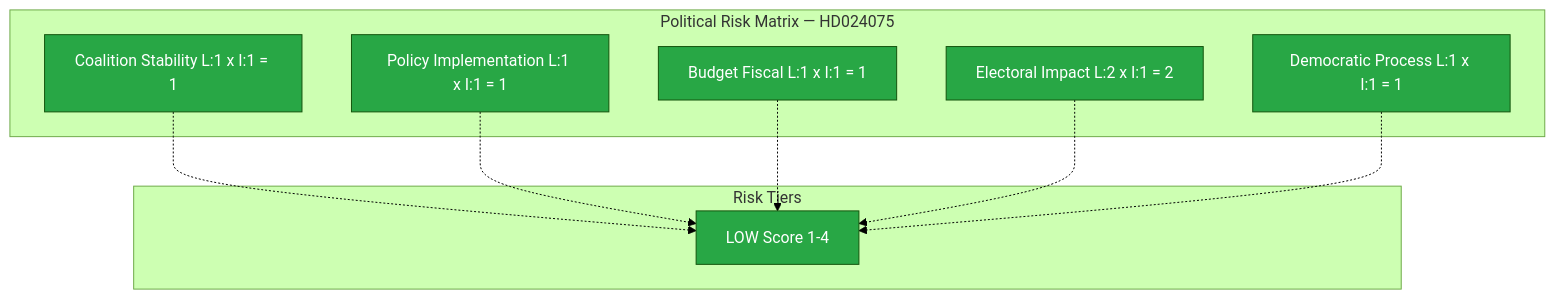
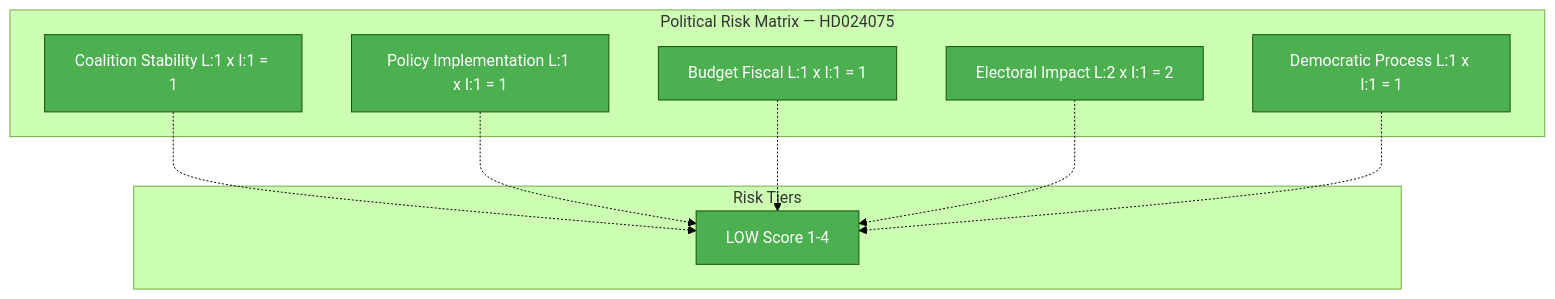
The second of 2 diagrams in analysis/daily/2026-04-10/realtime-1424/documents/hd024075-analysis.md (Hack23/riksdagsmonitor), drawn with Mermaid (forest theme) before and after one commit. The commit also changed other lines of this file and 785 other files, not shown here.

First line of the commit message:
Normalize mermaid colors across 786 analysis artifacts to ISMS Style Guide palette

````diff
--- a/analysis/daily/2026-04-10/realtime-1424/documents/hd024075-analysis.md
+++ b/analysis/daily/2026-04-10/realtime-1424/documents/hd024075-analysis.md
@@ -72,24 +72,24 @@
 ```mermaid
 graph TD
     subgraph "Political Risk Matrix — HD024075"
         R1["Coalition Stability L:1 x I:1 = 1"]
         R2["Policy Implementation L:1 x I:1 = 1"]
         R3["Budget Fiscal L:1 x I:1 = 1"]
         R4["Electoral Impact L:2 x I:1 = 2"]
         R5["Democratic Process L:1 x I:1 = 1"]
     end
     subgraph "Risk Tiers"
         TL["LOW Score 1-4"]
     end
     R1 -.-> TL
     R2 -.-> TL
     R3 -.-> TL
     R4 -.-> TL
     R5 -.-> TL
-    style R1 fill:#28a745,color:#fff
-    style R2 fill:#28a745,color:#fff
-    style R3 fill:#28a745,color:#fff
-    style R4 fill:#28a745,color:#fff
-    style R5 fill:#28a745,color:#fff
-    style TL fill:#28a745,color:#fff
+    style R1 fill:#4CAF50,color:#FFFFFF
+    style R2 fill:#4CAF50,color:#FFFFFF
+    style R3 fill:#4CAF50,color:#FFFFFF
+    style R4 fill:#4CAF50,color:#FFFFFF
+    style R5 fill:#4CAF50,color:#FFFFFF
+    style TL fill:#4CAF50,color:#FFFFFF
 ```
````
